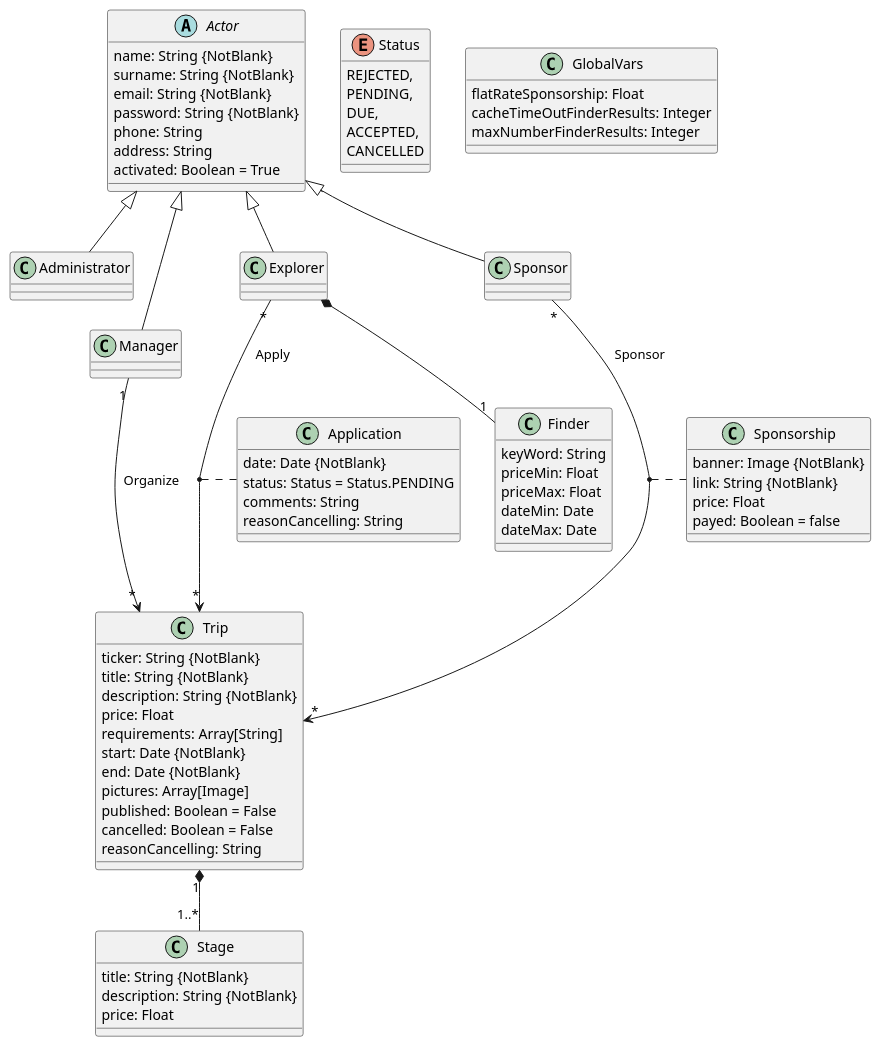
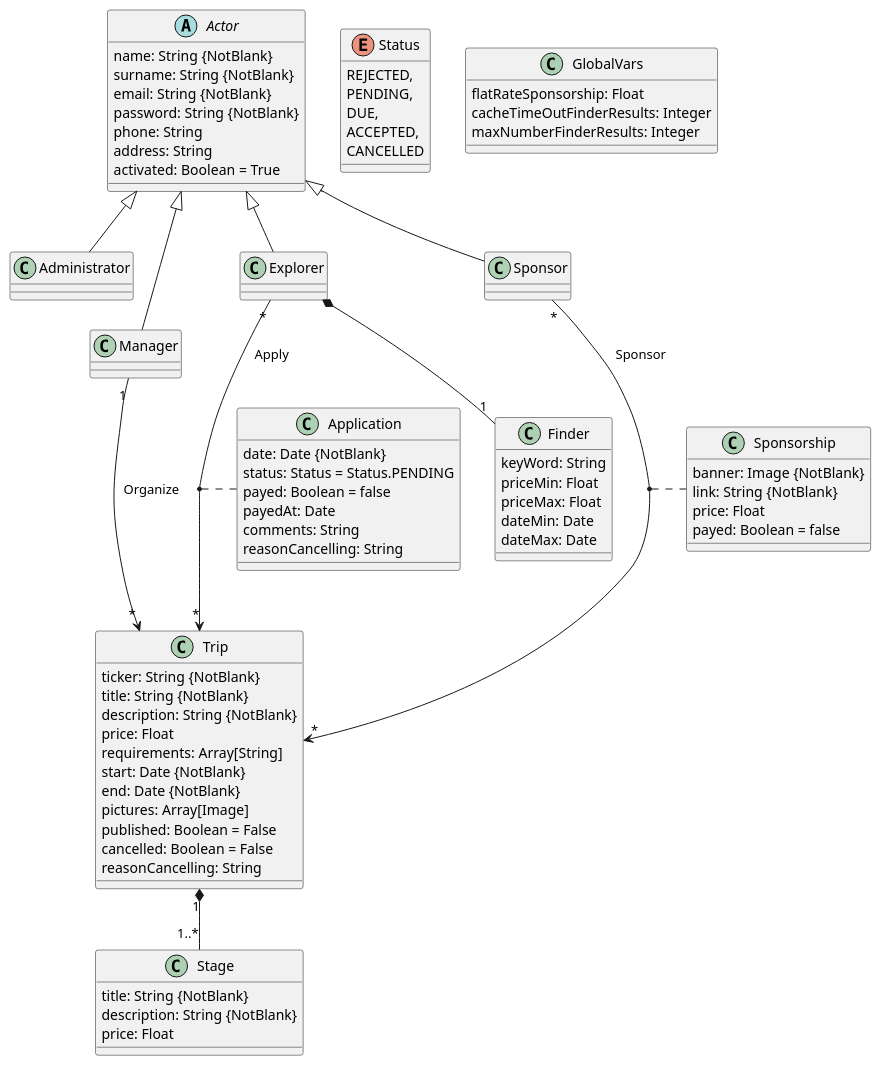
The diagram in doc/class_diagram.plantuml (Xiirf/S2_Acme_Explorer), drawn with PlantUML before and after one commit.

```diff
--- a/doc/class_diagram.plantuml
+++ b/doc/class_diagram.plantuml
@@ -1,87 +1,89 @@
 @startuml
 Enum Status {
   REJECTED,
   PENDING,
   DUE,
   ACCEPTED,
   CANCELLED
 }
 
 Abstract Actor {
   name: String {NotBlank}
   surname: String {NotBlank}
   email: String {NotBlank}
   password: String {NotBlank}
   phone: String
   address: String
   activated: Boolean = True
 }
 
 Class Administrator
 
 Class Manager
 
 Class Explorer
 
 Class Sponsor
 
 Class Trip {
   ticker: String {NotBlank}
   title: String {NotBlank}
   description: String {NotBlank}
   price: Float
   requirements: Array[String]
   start: Date {NotBlank}
   end: Date {NotBlank}
   pictures: Array[Image]
   published: Boolean = False
   cancelled: Boolean = False
   reasonCancelling: String
 }
 
 Class Stage {
   title: String {NotBlank}
   description: String {NotBlank}
   price: Float
 }
 
 Class Application {
   date: Date {NotBlank}
   status: Status = Status.PENDING
+  payed: Boolean = false
+  payedAt: Date
   comments: String
   reasonCancelling: String
 }
 
 class Finder {
   keyWord: String
   priceMin: Float
   priceMax: Float
   dateMin: Date
   dateMax: Date
 }
 
 Class Sponsorship {
   banner: Image {NotBlank}
   link: String {NotBlank}
   price: Float
   payed: Boolean = false
 }
 
 Class GlobalVars {
   flatRateSponsorship: Float
   cacheTimeOutFinderResults: Integer
   maxNumberFinderResults: Integer
 }
 
 Actor <|-- Administrator
 Actor <|-- Manager
 Actor <|-- Explorer
 Actor <|-- Sponsor
 Trip "1" *-- "1..*" Stage
 Manager "1" --> "*" Trip: Organize
 Explorer "*" --> "*" Trip: Apply
 (Explorer, Trip).. Application
 Explorer *-- "1" Finder
 Sponsor "*" --> "*" Trip: Sponsor
 (Sponsor , Trip) .. Sponsorship
 @enduml
```
